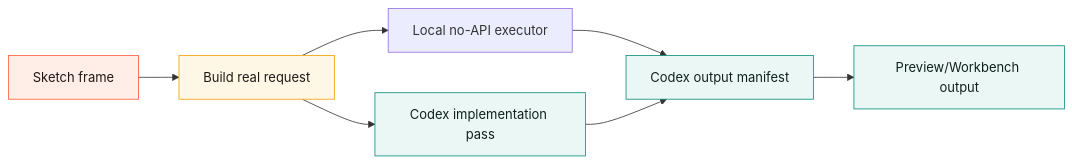
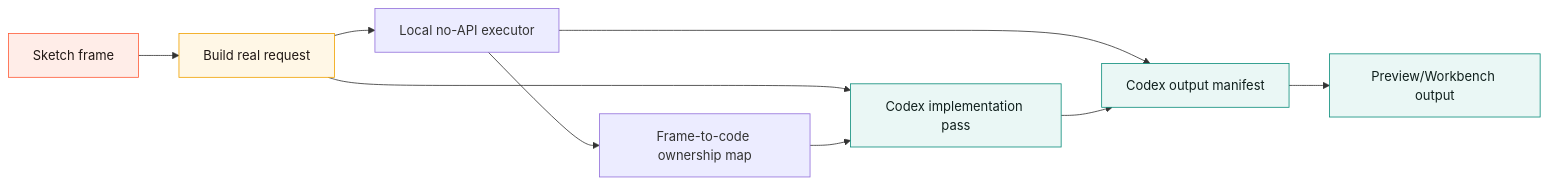
One commit to varshneydevansh/Canvax changed the seventh of 11 diagrams in docs/FEATURES.md. Above: the diagram before and after it, drawn with Mermaid. The commit also changed other lines of this file and 10 other files, not shown here.

Commit message:
feat: map Canvax builds to generated code

````diff
--- a/docs/FEATURES.md
+++ b/docs/FEATURES.md
@@ -699,16 +700,18 @@
 ```mermaid
 flowchart LR
     S[Sketch frame] --> R[Build real request]
     R --> L[Local no-API executor]
+    L --> O[Frame-to-code ownership map]
     L --> M[Codex output manifest]
     R --> C[Codex implementation pass]
+    O --> C
     C --> M
     M --> P[Preview/Workbench output]
 
     classDef sketch fill:#ffede8,stroke:#ff5d3a,color:#211815;
     classDef request fill:#fff7e6,stroke:#f0a202,color:#211815;
     classDef output fill:#eaf7f5,stroke:#0c8d7b,color:#10201d;
     class S sketch;
     class R request;
     class C,M,P output;
 ```
````
